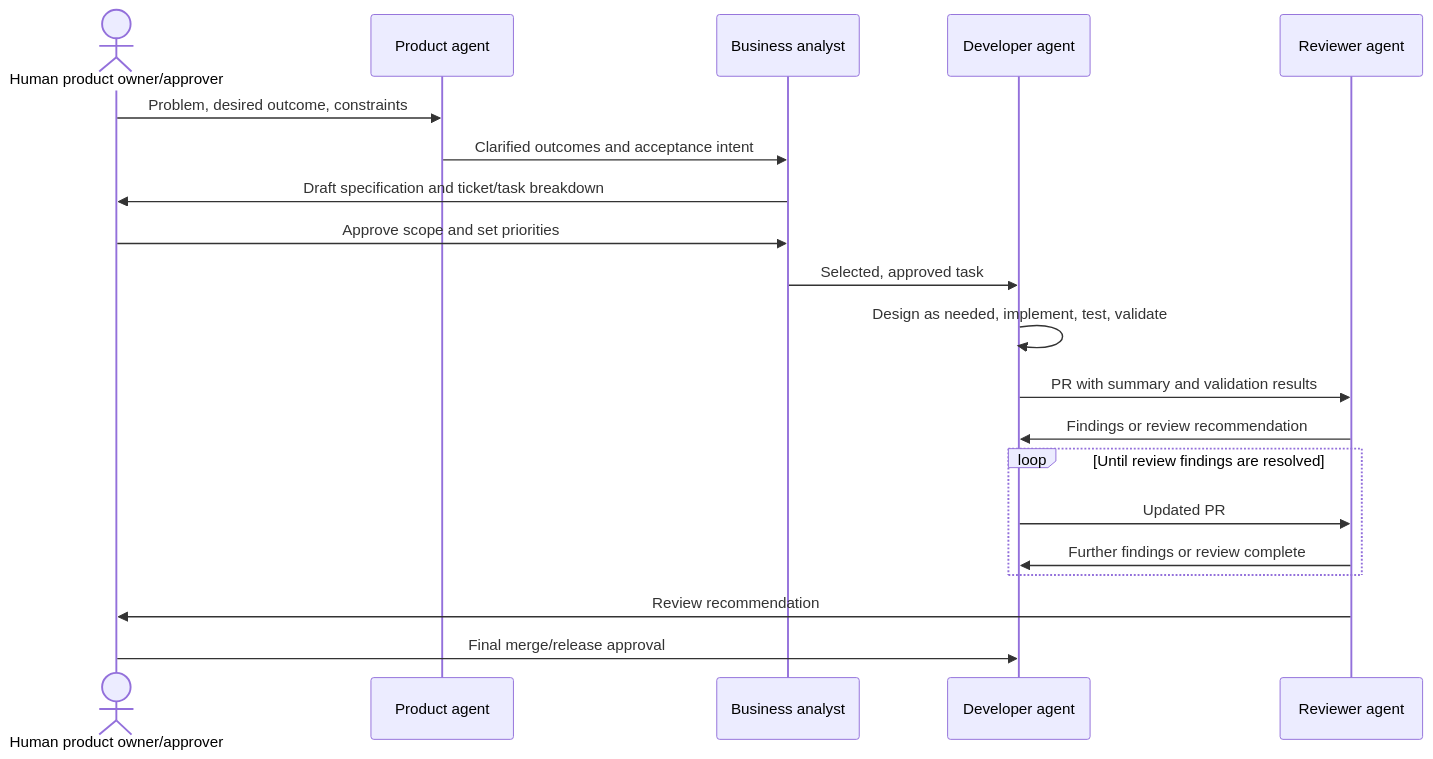
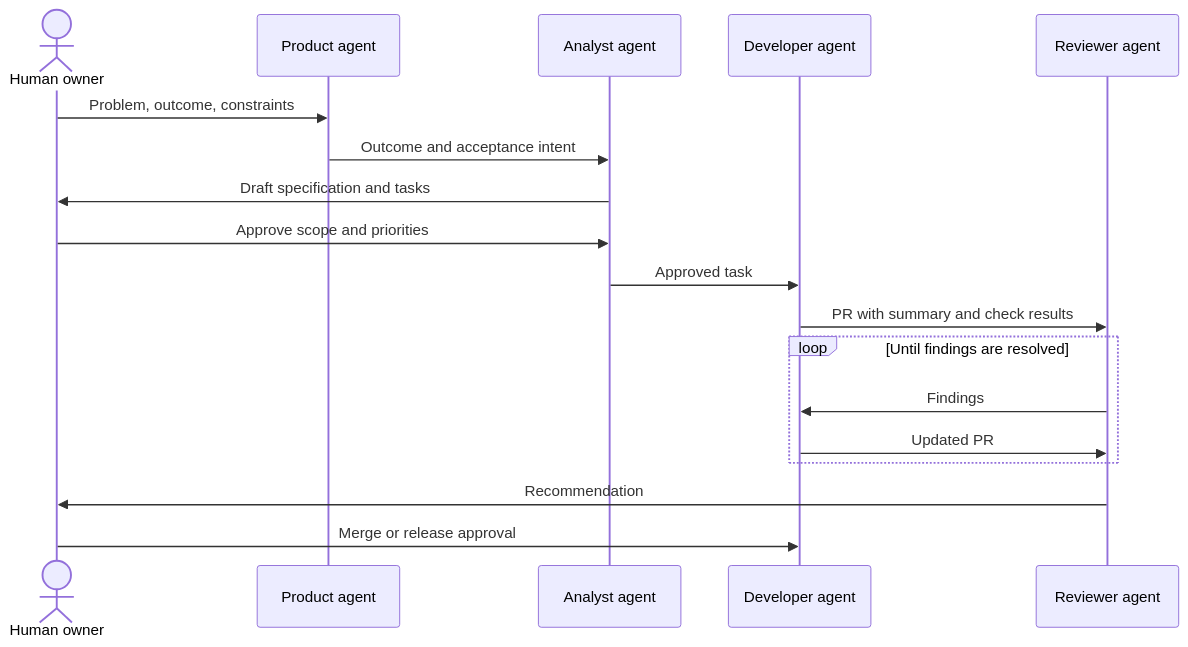
The diagram in pages/agent-role-boundaries.md (ho-henry-senior/ai-wiki), drawn with Mermaid before and after one commit. The commit also changed other lines of this file and 2 other files, not shown here.

````diff
--- a/pages/agent-role-boundaries.md
+++ b/pages/agent-role-boundaries.md
@@ -95,23 +64,21 @@
 ```mermaid
 sequenceDiagram
-    actor Human as Human product owner/approver
+    actor Human as Human owner
     participant Product as Product agent
-    participant BA as Business analyst
+    participant BA as Analyst agent
     participant Dev as Developer agent
     participant Reviewer as Reviewer agent
 
-    Human->>Product: Problem, desired outcome, constraints
-    Product->>BA: Clarified outcomes and acceptance intent
-    BA->>Human: Draft specification and ticket/task breakdown
-    Human->>BA: Approve scope and set priorities
-    BA->>Dev: Selected, approved task
-    Dev->>Dev: Design as needed, implement, test, validate
-    Dev->>Reviewer: PR with summary and validation results
-    Reviewer->>Dev: Findings or review recommendation
-    loop Until review findings are resolved
+    Human->>Product: Problem, outcome, constraints
+    Product->>BA: Outcome and acceptance intent
+    BA->>Human: Draft specification and tasks
+    Human->>BA: Approve scope and priorities
+    BA->>Dev: Approved task
+    Dev->>Reviewer: PR with summary and check results
+    loop Until findings are resolved
+        Reviewer->>Dev: Findings
         Dev->>Reviewer: Updated PR
-        Reviewer->>Dev: Further findings or review complete
     end
-    Reviewer->>Human: Review recommendation
-    Human->>Dev: Final merge/release approval
+    Reviewer->>Human: Recommendation
+    Human->>Dev: Merge or release approval
 ```
````
